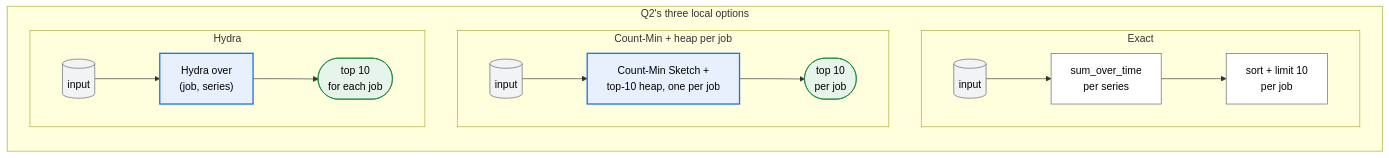
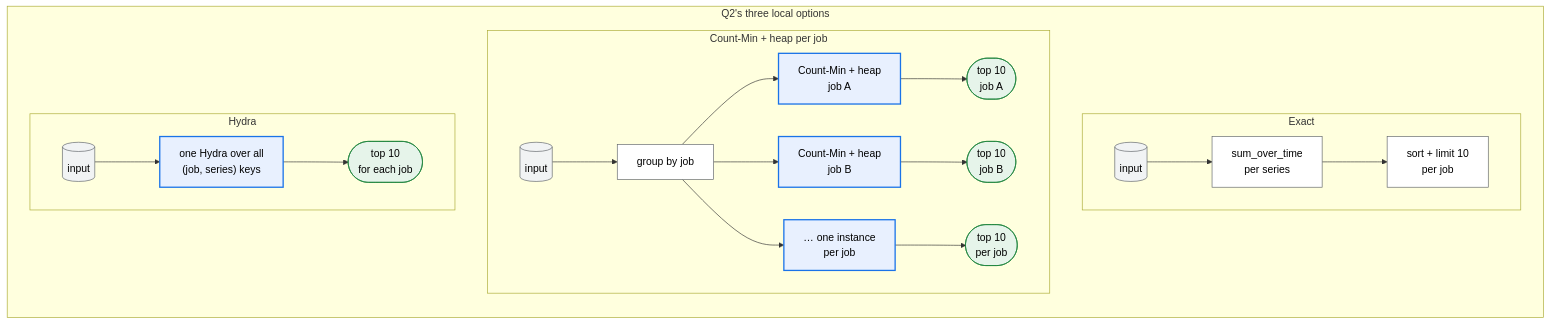
The second of 10 diagrams in docs/design_docs/proposals/planner-layering.md (ProjectASAP/ASAPPlanner), drawn with Mermaid before and after one commit. The commit also changed other lines of this file, not shown here.

````diff
--- a/docs/design_docs/proposals/planner-layering.md
+++ b/docs/design_docs/proposals/planner-layering.md
@@ -410,22 +434,25 @@
 ```mermaid
 flowchart LR
   subgraph C["Q2's three local options"]
     direction TB
     subgraph E["Exact"]
       direction LR
       e1[("input")]:::data --> e2["sum_over_time<br/>per series"]:::exact --> e3["sort + limit 10<br/>per job"]:::exact
     end
     subgraph CM["Count-Min + heap per job"]
       direction LR
-      c1[("input")]:::data --> c2["Count-Min Sketch +<br/>top-10 heap, one per job"]:::summary --> c3(["top 10<br/>per job"]):::estimate
+      c1[("input")]:::data --> cg["group by job"]:::exact
+      cg --> ca["Count-Min + heap<br/>job A"]:::summary --> ra(["top 10<br/>job A"]):::estimate
+      cg --> cb["Count-Min + heap<br/>job B"]:::summary --> rb(["top 10<br/>job B"]):::estimate
+      cg --> cn["… one instance<br/>per job"]:::summary --> rn(["top 10<br/>per job"]):::estimate
     end
     subgraph H["Hydra"]
       direction LR
-      h1[("input")]:::data --> h2["Hydra over<br/>(job, series)"]:::summary --> h3(["top 10<br/>for each job"]):::estimate
+      h1[("input")]:::data --> h2["one Hydra over all<br/>(job, series) keys"]:::summary --> h3(["top 10<br/>for each job"]):::estimate
     end
   end
   classDef data fill:#f1f3f4,stroke:#5f6368,color:#000;
   classDef exact fill:#fff,stroke:#5f6368,color:#000;
   classDef summary fill:#e8f0fe,stroke:#1a73e8,stroke-width:2px,color:#000;
   classDef estimate fill:#e6f4ea,stroke:#188038,color:#000;
 ```
````
